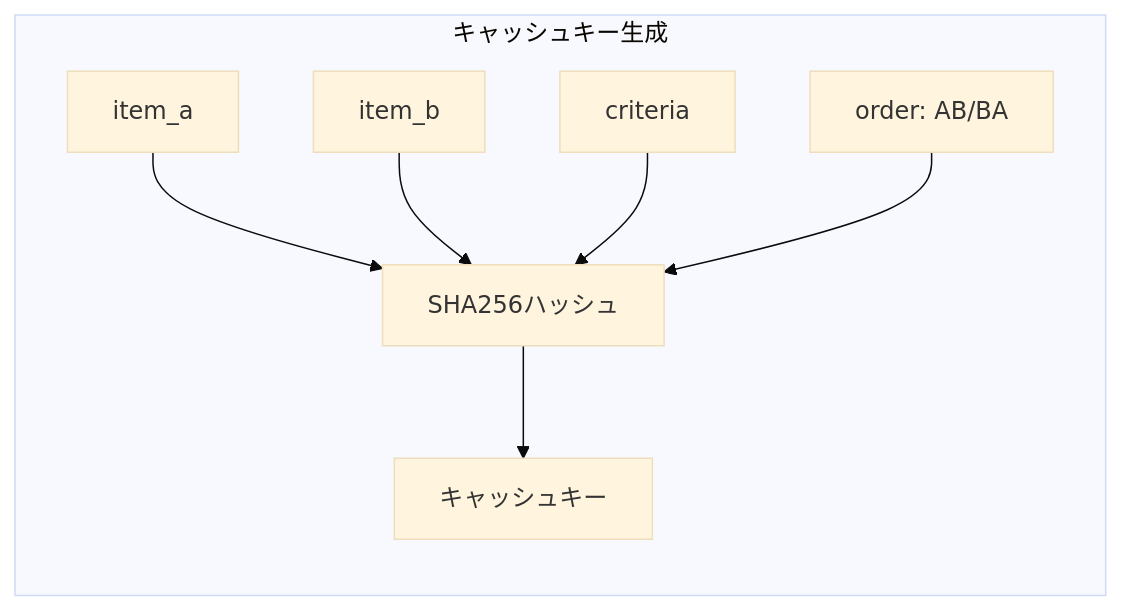
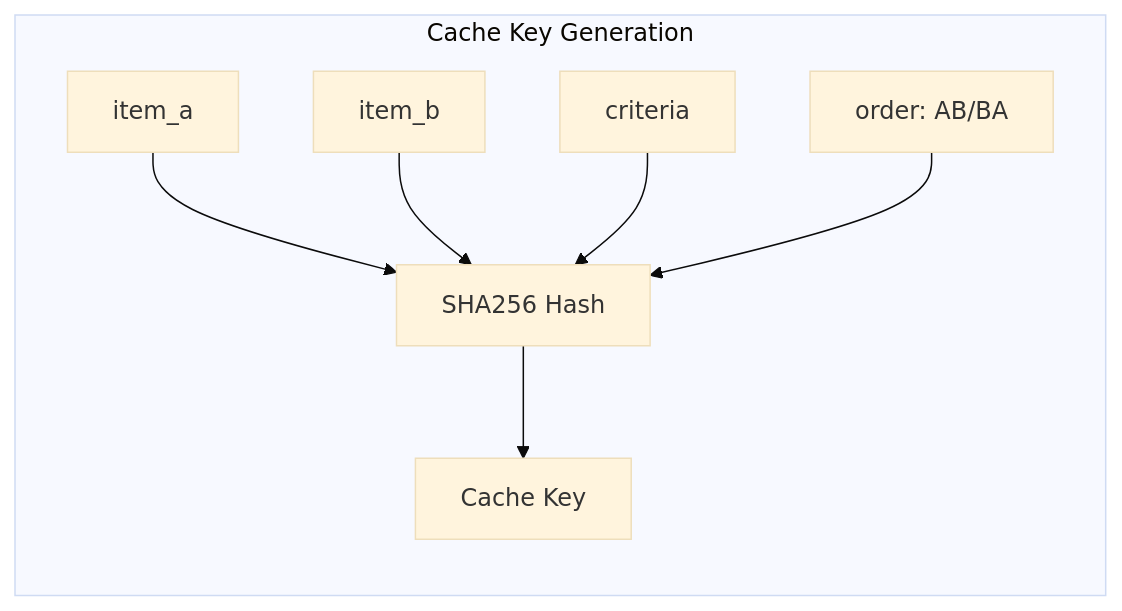
The sixth of 7 diagrams in docs/tournament.md (TomokiIshimine/llm-qualitative-sort), drawn with Mermaid (base theme) before and after one commit. The commit also changed other lines of this file and 7 other files, not shown here.

````diff
--- a/docs/tournament.md
+++ b/docs/tournament.md
@@ -233,10 +235,10 @@
 ```mermaid
 flowchart LR
-    subgraph "キャッシュキー生成"
+    subgraph "Cache Key Generation"
         A[item_a] --> H
         B[item_b] --> H
         C[criteria] --> H
         O[order: AB/BA] --> H
-        H[SHA256ハッシュ] --> K[キャッシュキー]
+        H[SHA256 Hash] --> K[Cache Key]
     end
 ```
````
